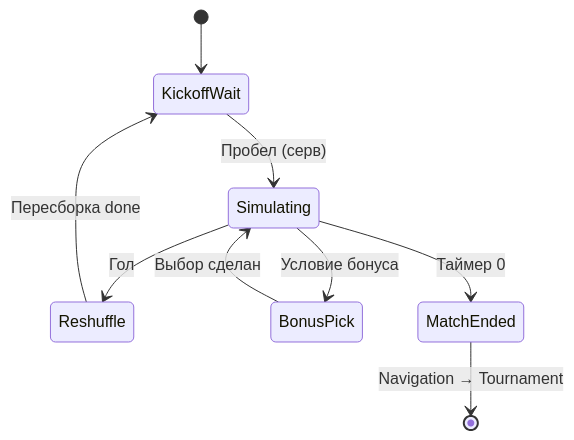
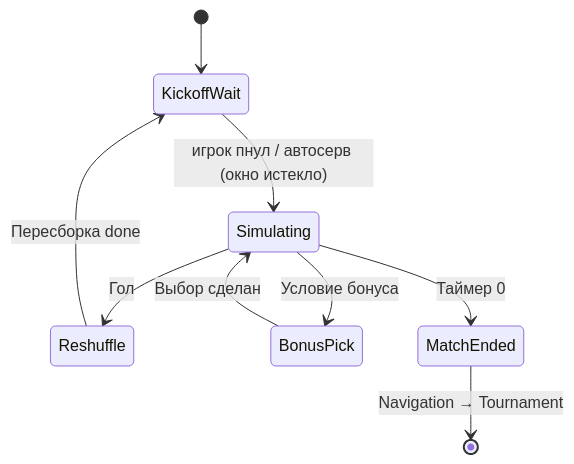
The third of 3 diagrams in Wiki/FutboloidWiki/Архитектура/Машины состояний.md (DeployChef/Futboloid), drawn with Mermaid before and after one commit. The commit also changed other lines of this file and 4 other files, not shown here.

````diff
--- a/Wiki/FutboloidWiki/Архитектура/Машины состояний.md
+++ b/Wiki/FutboloidWiki/Архитектура/Машины состояний.md
@@ -143,11 +146,11 @@
 ```mermaid
 stateDiagram-v2
     [*] --> KickoffWait
-    KickoffWait --> Simulating: Пробел (серв)
+    KickoffWait --> Simulating: игрок пнул / автосерв (окно истекло)
     Simulating --> Reshuffle: Гол
     Reshuffle --> KickoffWait: Пересборка done
     Simulating --> BonusPick: Условие бонуса
     BonusPick --> Simulating: Выбор сделан
     Simulating --> MatchEnded: Таймер 0
     MatchEnded --> [*]: Navigation → Tournament
 ```
````
